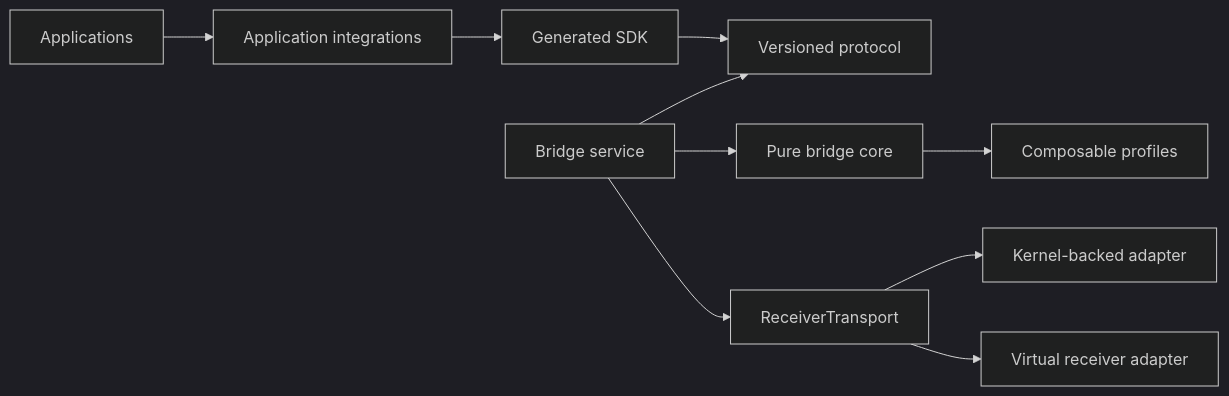
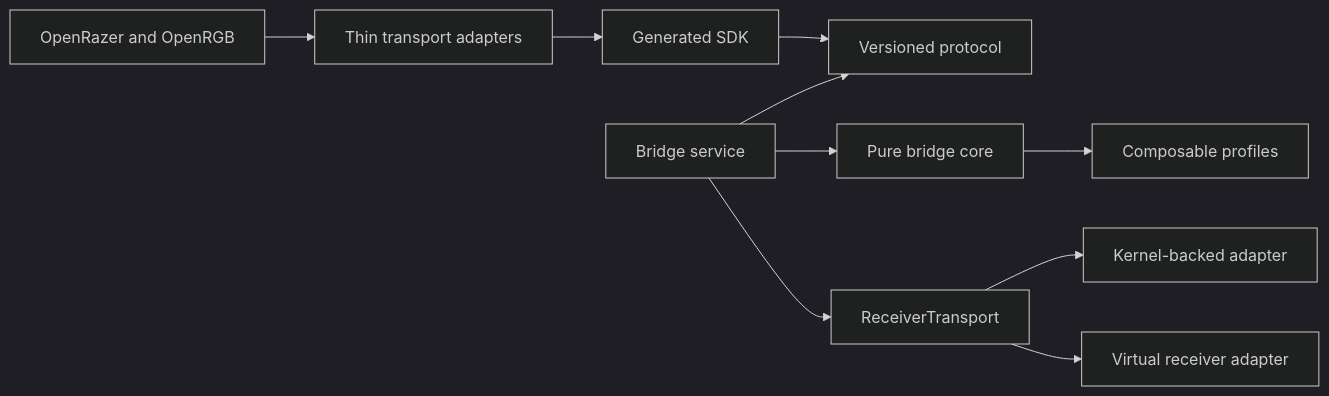
Before and after one commit to offalexjackson777-stack/hyperflux-next: the first of 2 diagrams in docs/architecture/bridge-core.md, drawn with Mermaid (dark theme). The commit also changed other lines of this file and 95 other files, not shown here.

````diff
--- a/docs/architecture/bridge-core.md
+++ b/docs/architecture/bridge-core.md
@@ -7,12 +7,12 @@
 ```mermaid
 flowchart LR
-    Apps["Applications"] --> Integrations["Application integrations"]
+    Apps["OpenRazer and OpenRGB"] --> Integrations["Thin transport adapters"]
     Integrations --> SDK["Generated SDK"]
     SDK --> Protocol["Versioned protocol"]
     Bridge["Bridge service"] --> Protocol
     Bridge --> Core["Pure bridge core"]
     Core --> Profiles["Composable profiles"]
     Bridge --> Transport["ReceiverTransport"]
     Transport --> Kernel["Kernel-backed adapter"]
     Transport --> Simulator["Virtual receiver adapter"]
 ```
````
